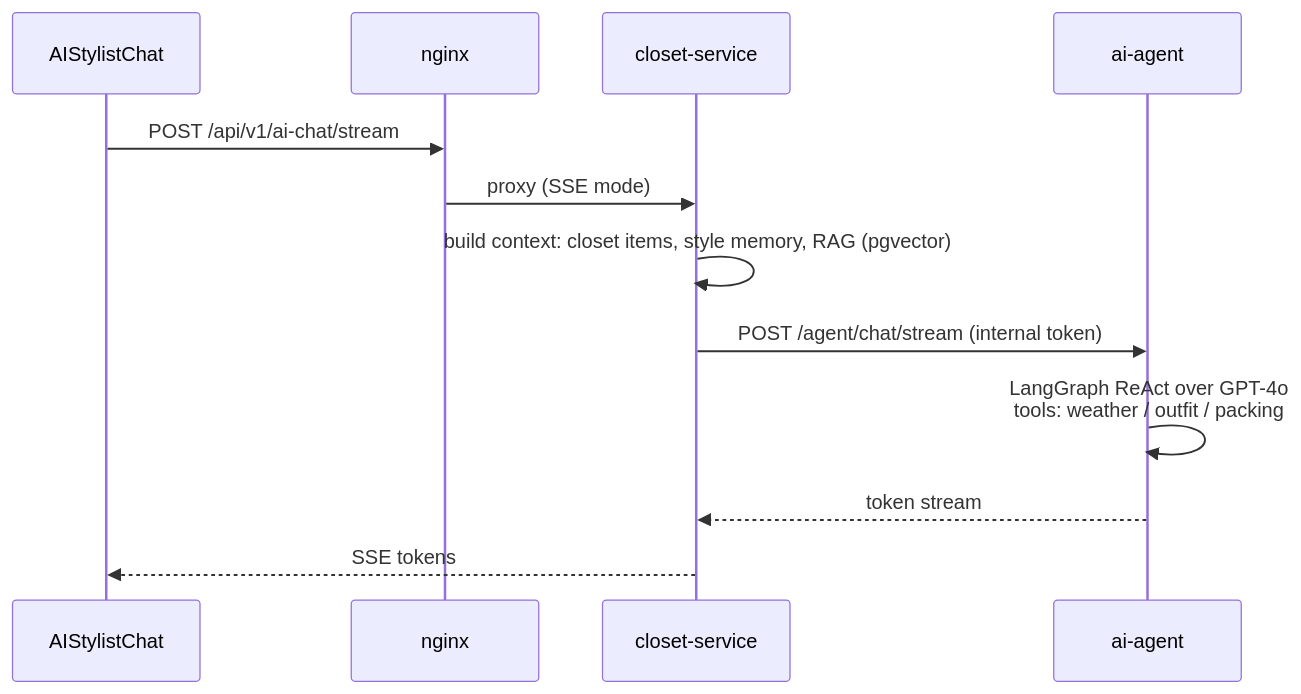
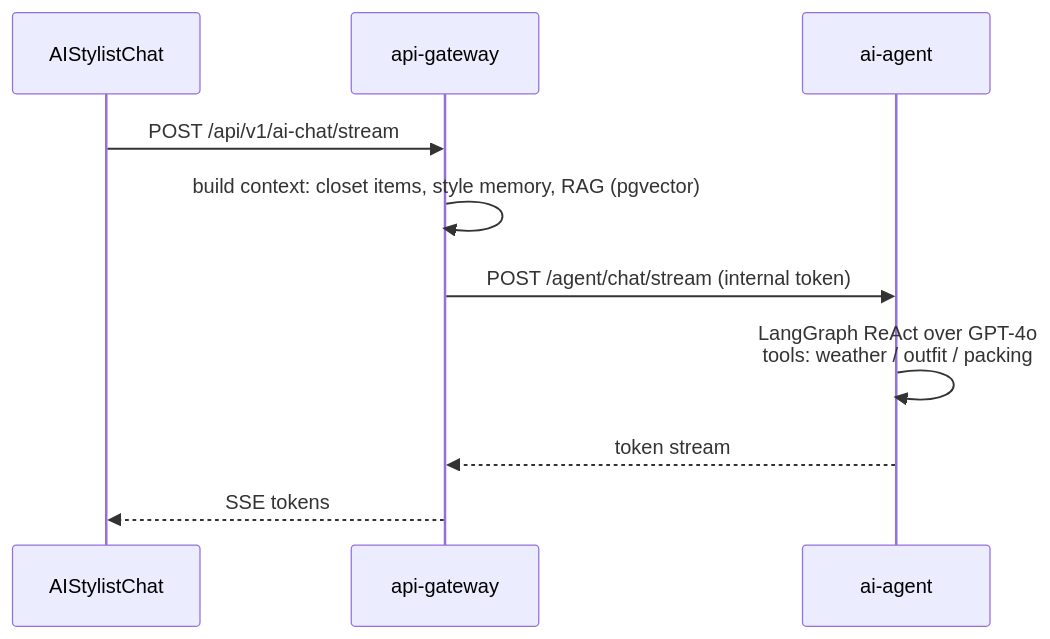
One commit to phanidhar09/clozehive changed the fifth of 6 diagrams in docs/SERVICES.md. Above: the diagram before and after it, drawn with Mermaid. The commit also changed other lines of this file and 167 other files, not shown here.

````diff
--- a/docs/SERVICES.md
+++ b/docs/SERVICES.md
@@ -289,14 +310,12 @@
 ```mermaid
 sequenceDiagram
     participant FE as AIStylistChat
-    participant N as nginx
-    participant CS as closet-service
+    participant GW as api-gateway
     participant AG as ai-agent
-    FE->>N: POST /api/v1/ai-chat/stream
-    N->>CS: proxy (SSE mode)
-    CS->>CS: build context: closet items, style memory, RAG (pgvector)
-    CS->>AG: POST /agent/chat/stream (internal token)
+    FE->>GW: POST /api/v1/ai-chat/stream
+    GW->>GW: build context: closet items, style memory, RAG (pgvector)
+    GW->>AG: POST /agent/chat/stream (internal token)
     AG->>AG: LangGraph ReAct over GPT-4o<br/>tools: weather / outfit / packing
-    AG-->>CS: token stream
-    CS-->>FE: SSE tokens
+    AG-->>GW: token stream
+    GW-->>FE: SSE tokens
 ```
````
